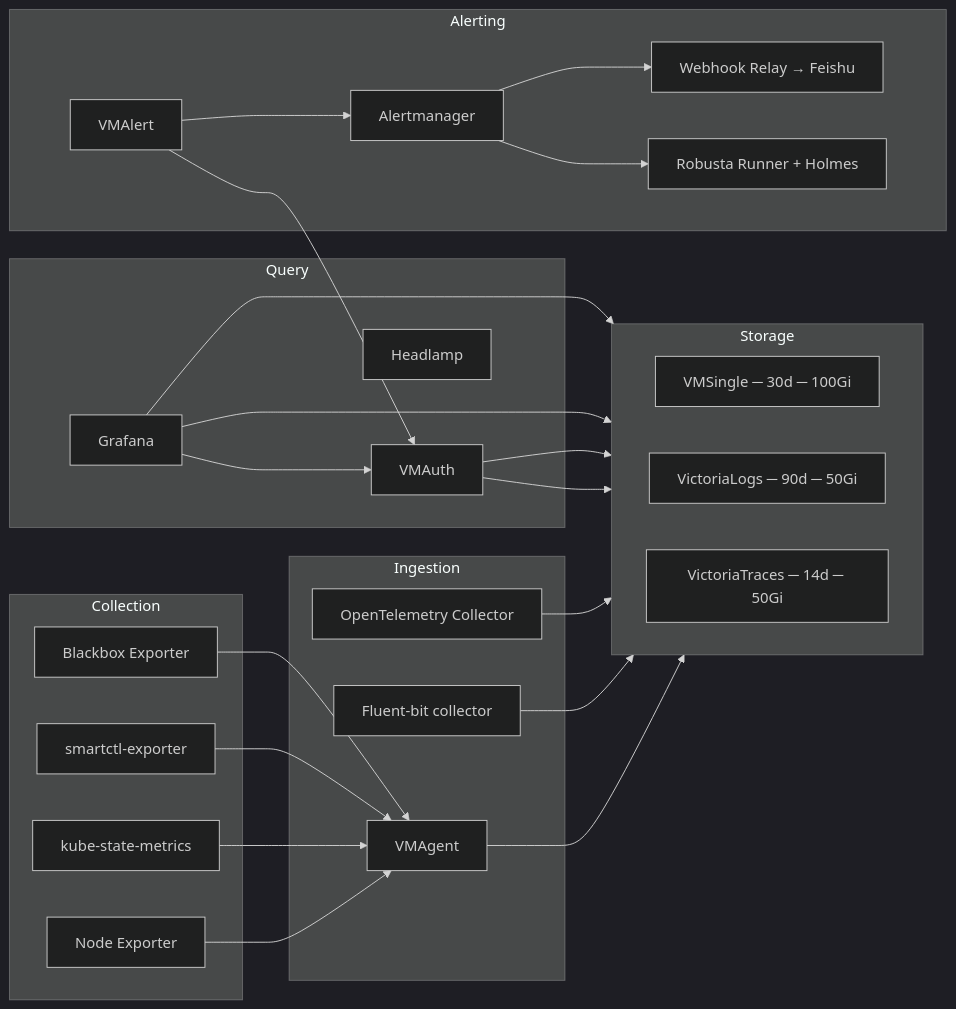
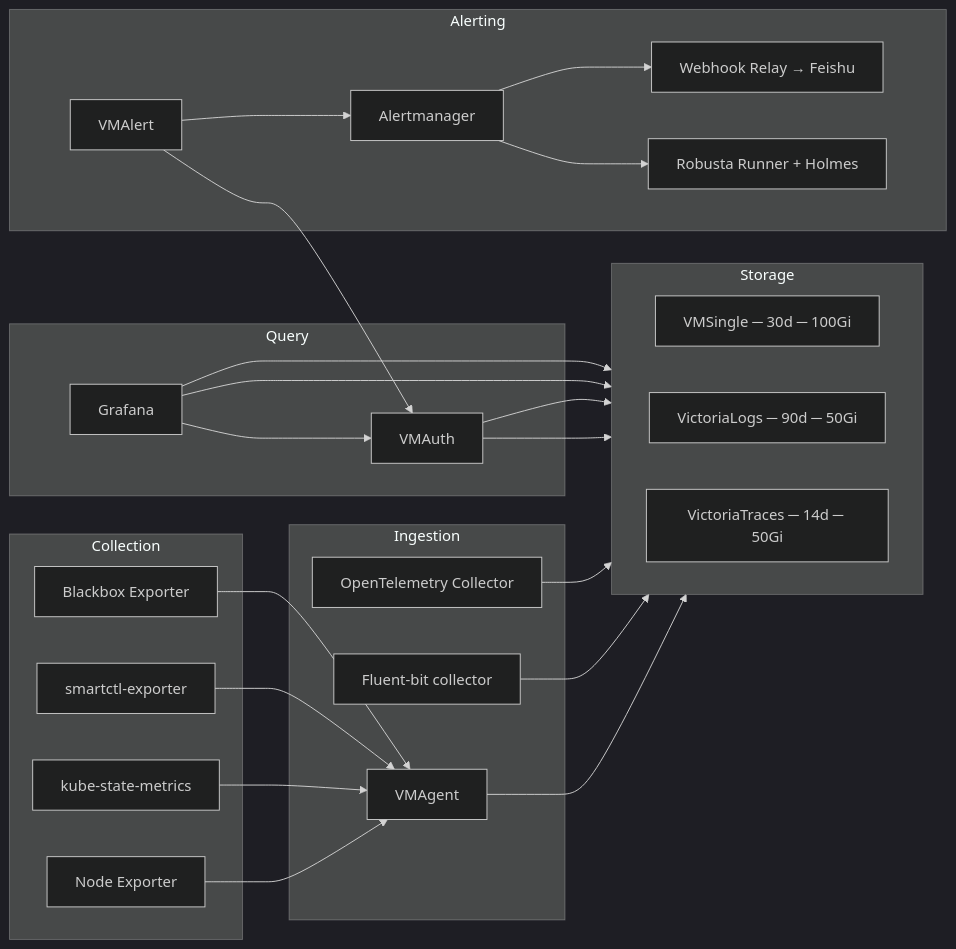
The diagram in docs/application/monitoring.md (soulwhisper/home-ops), drawn with Mermaid (dark theme) before and after one commit. The commit also changed other lines of this file and 40 other files, not shown here.

````diff
--- a/docs/application/monitoring.md
+++ b/docs/application/monitoring.md
@@ -7,47 +7,46 @@
 ```mermaid
 flowchart LR
   subgraph Collection
     NE[Node Exporter]
     KSM[kube-state-metrics]
     SMART[smartctl-exporter]
     BB[Blackbox Exporter]
   end
 
   subgraph Ingestion
     VM[VMAgent]
     FB[Fluent-bit collector]
     OTEL[OpenTelemetry Collector]
   end
 
   subgraph Storage
     direction LR
     VMS[VMSingle ─ 30d ─ 100Gi]
     VL[VictoriaLogs ─ 90d ─ 50Gi]
     VT[VictoriaTraces ─ 14d ─ 50Gi]
   end
 
   subgraph Query
     VAUTH[VMAuth]
     GRAF[Grafana]
-    HEAD[Headlamp]
   end
 
   subgraph Alerting
     VMALERT[VMAlert]
     AM[Alertmanager]
     RELAY[Webhook Relay → Feishu]
     ROB[Robusta Runner + Holmes]
   end
 
   NE & KSM & SMART --> VM
   BB --> VM
   VM --> VMS
   FB --> VL
   OTEL --> VT
   VAUTH --> VMS & VL
   GRAF --> VAUTH & VL & VT
   VMALERT --> VAUTH
   VMALERT --> AM
   AM --> RELAY
   AM --> ROB
 ```
````
